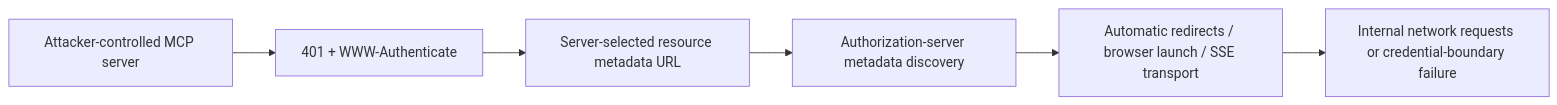
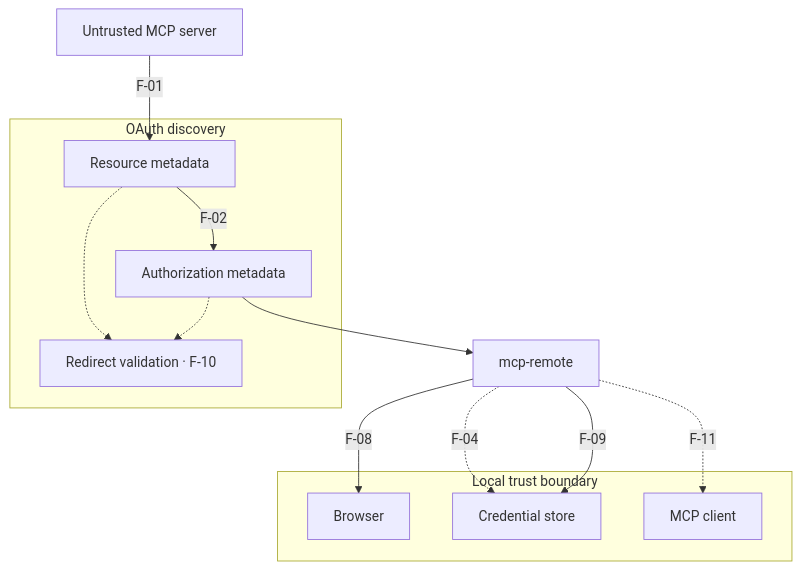
Before and after one commit to playb0t/mcp-remote-oauth-security: the diagram in README.md, drawn with Mermaid. The commit also changed other lines of this file and 13 other files, not shown here.

Commit message:
Publish corrective mcp-remote advisory update

````diff
--- a/README.md
+++ b/README.md
@@ -42,8 +45,27 @@
 ```mermaid
-flowchart LR
-    A["Attacker-controlled MCP server"] --> B["401 + WWW-Authenticate"]
-    B --> C["Server-selected resource metadata URL"]
-    C --> D["Authorization-server metadata discovery"]
-    D --> E["Automatic redirects / browser launch / SSE transport"]
-    E --> F["Internal network requests or credential-boundary failure"]
+flowchart TB
+    S["Untrusted MCP server"]
+    M["mcp-remote"]
+
+    subgraph D["OAuth discovery"]
+        R["Resource metadata"]
+        A["Authorization metadata"]
+        H["Redirect validation · F-10"]
+        R -->|"F-02"| A
+        R -.-> H
+        A -.-> H
+    end
+
+    subgraph L["Local trust boundary"]
+        B["Browser"]
+        T["Credential store"]
+        C["MCP client"]
+    end
+
+    S -->|"F-01"| R
+    A --> M
+    M -->|"F-08"| B
+    M -.->|"F-04"| T
+    M -->|"F-09"| T
+    M -.->|"F-11"| C
 ```
````
